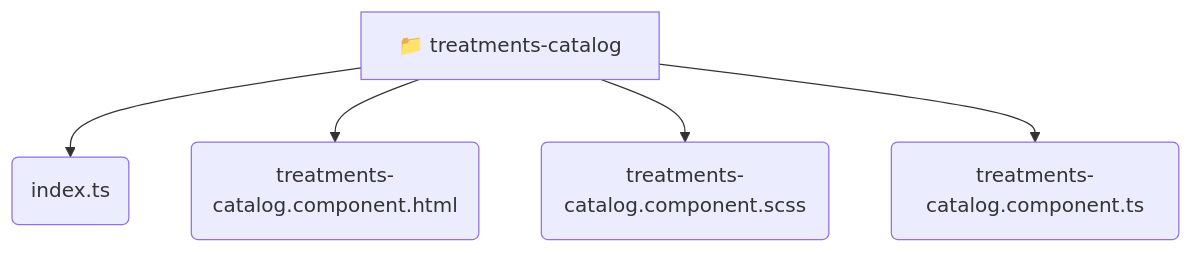
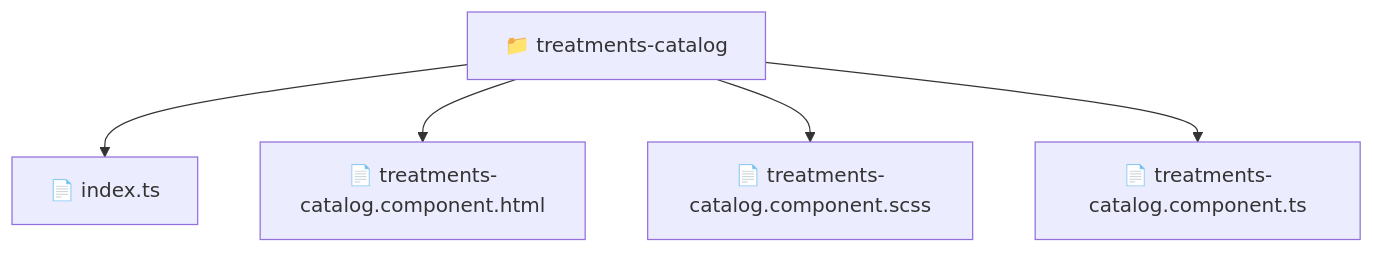
One commit to beginwebdev2002/fullstack-mavluda changed the diagram in frontend/src/pages/treatments-catalog/README.md. Above: the diagram before and after it, drawn with Mermaid. The commit also changed other lines of this file and 163 other files, not shown here.

````diff
--- a/frontend/src/pages/treatments-catalog/README.md
+++ b/frontend/src/pages/treatments-catalog/README.md
@@ -11,8 +10,8 @@
 ```mermaid
 graph TD
-  treatments_catalog[📁 treatments-catalog]
-  treatments_catalog --> treatments_catalog_index_ts(index.ts)
-  treatments_catalog --> treatments_catalog_treatments_catalog_component_html(treatments-catalog.component.html)
-  treatments_catalog --> treatments_catalog_treatments_catalog_component_scss(treatments-catalog.component.scss)
-  treatments_catalog --> treatments_catalog_treatments_catalog_component_ts(treatments-catalog.component.ts)
+  Root["📁 treatments-catalog"]
+  Root --> indexts["📄 index.ts"]
+  Root --> treatmentscatalogcomponenthtml["📄 treatments-catalog.component.html"]
+  Root --> treatmentscatalogcomponentscss["📄 treatments-catalog.component.scss"]
+  Root --> treatmentscatalogcomponentts["📄 treatments-catalog.component.ts"]
 ```
````
